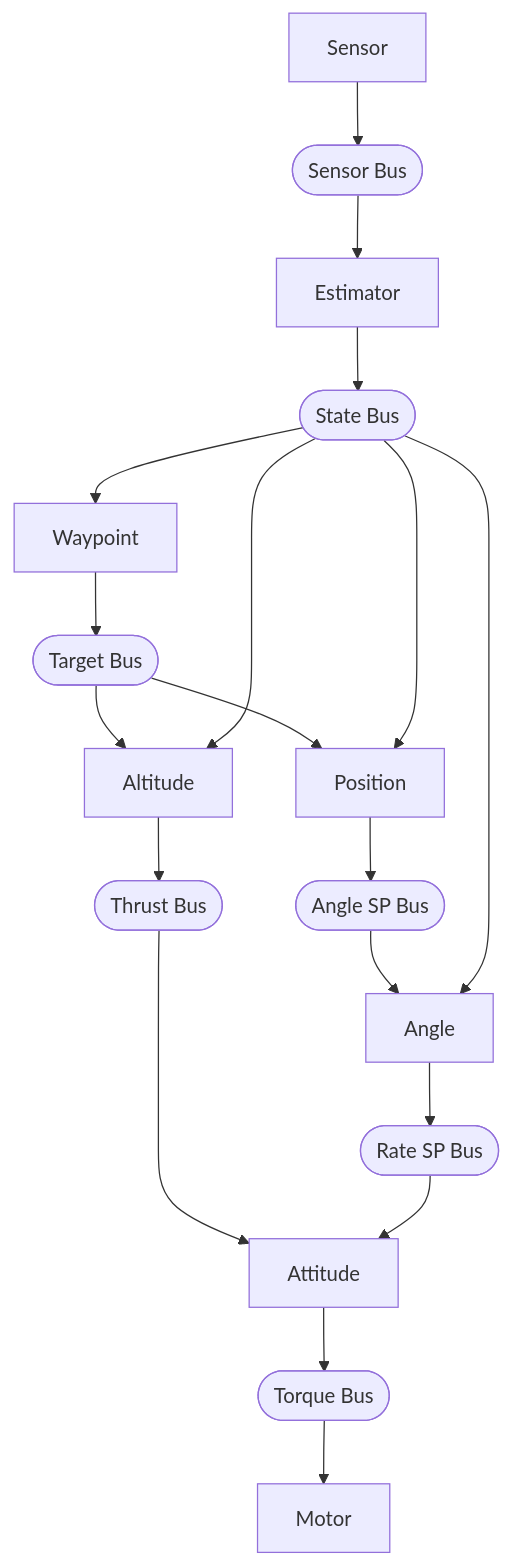
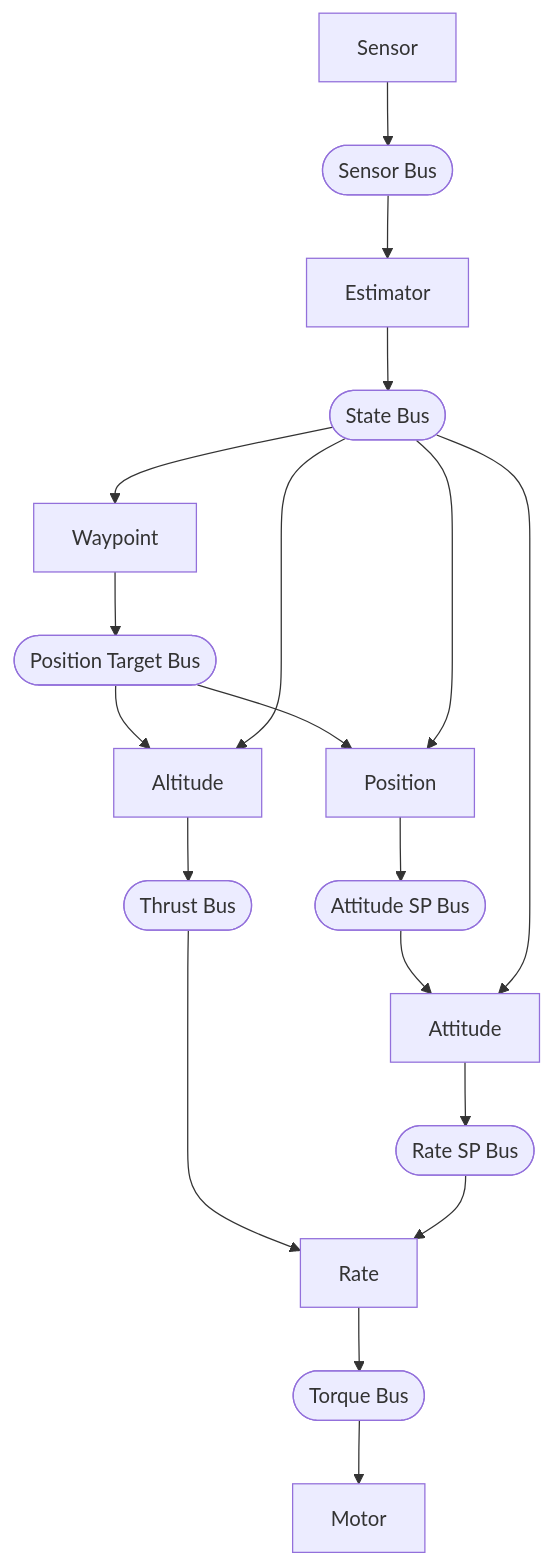
One commit to joagre/rt changed the diagram in examples/pilot/README.md. Above: the diagram before and after it, drawn with Mermaid. The commit also changed other lines of this file and 18 other files, not shown here.

````diff
--- a/examples/pilot/README.md
+++ b/examples/pilot/README.md
@@ -108,12 +108,12 @@
 ```mermaid
 graph TB
     Sensor[Sensor] --> SensorBus([Sensor Bus]) --> Estimator[Estimator] --> StateBus([State Bus])
 
-    StateBus --> Waypoint[Waypoint] --> TargetBus([Target Bus])
-    TargetBus --> Altitude[Altitude] --> ThrustBus([Thrust Bus]) --> Attitude[Attitude]
-    TargetBus --> Position[Position]
+    StateBus --> Waypoint[Waypoint] --> PositionTargetBus([Position Target Bus])
+    PositionTargetBus --> Altitude[Altitude] --> ThrustBus([Thrust Bus]) --> Rate[Rate]
+    PositionTargetBus --> Position[Position]
     StateBus --> Altitude
-    StateBus --> Position --> AngleSP([Angle SP Bus]) --> Angle[Angle]
-    StateBus --> Angle --> RateSP([Rate SP Bus]) --> Attitude
-    Attitude --> TorqueBus([Torque Bus]) --> Motor[Motor]
+    StateBus --> Position --> AttitudeSP([Attitude SP Bus]) --> Attitude[Attitude]
+    StateBus --> Attitude --> RateSP([Rate SP Bus]) --> Rate
+    Rate --> TorqueBus([Torque Bus]) --> Motor[Motor]
 ```
````
